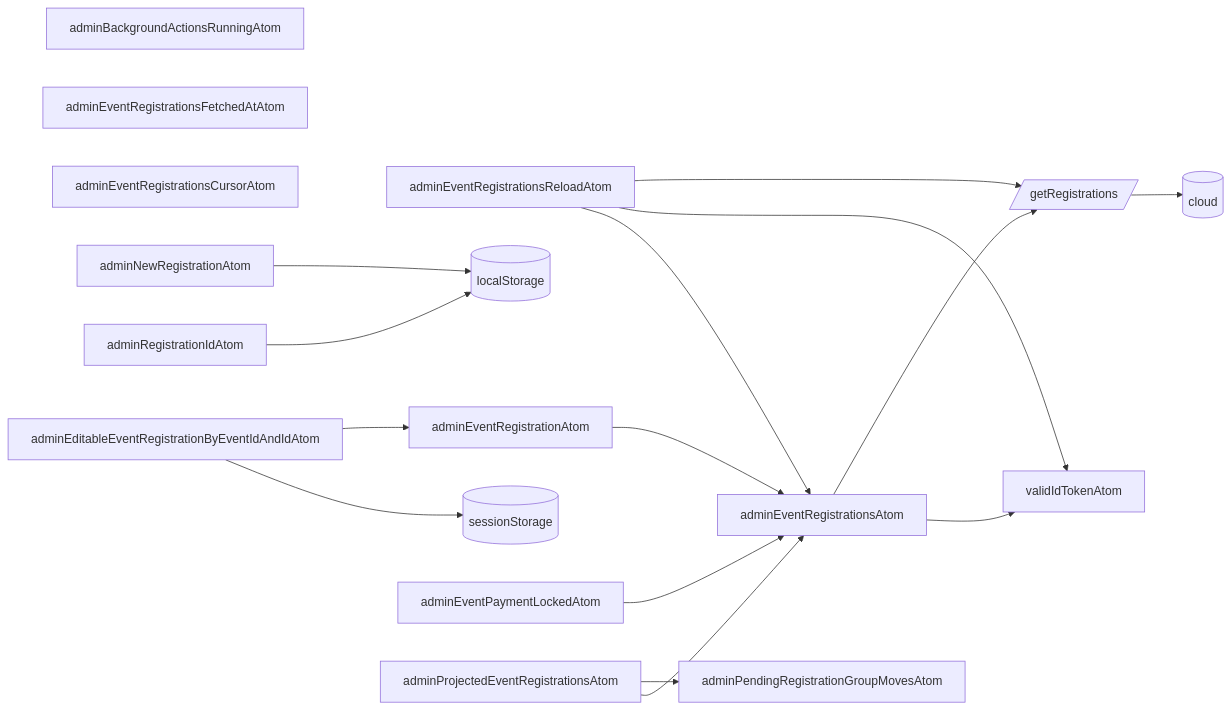
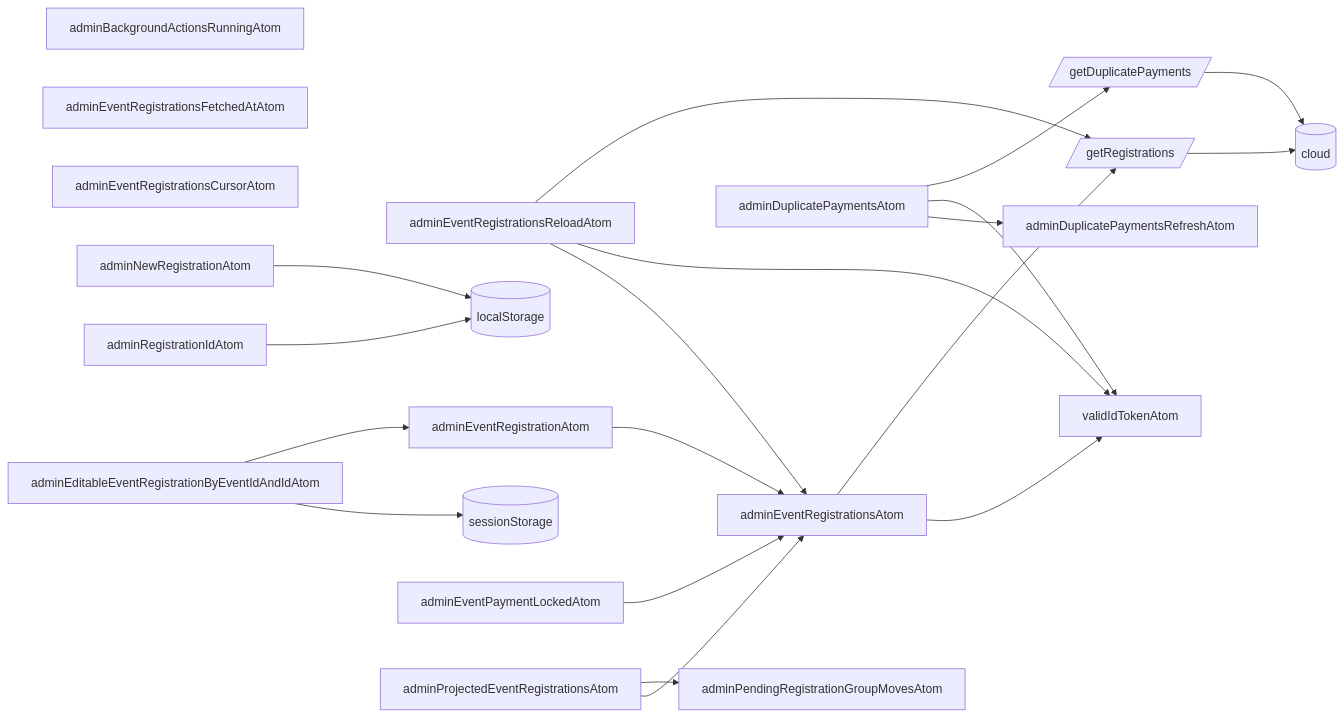
One commit to koekalenteri/koekalenteri changed the tenth of 12 diagrams in src/pages/admin/state/README.md. Above: the diagram before and after it, drawn with Mermaid. The commit also changed other lines of this file and 4 other files, not shown here.

````diff
--- a/src/pages/admin/state/README.md
+++ b/src/pages/admin/state/README.md
@@ -311,27 +315,30 @@
 ```mermaid
 graph LR
   adminEventRegistrationsAtom-->validIdTokenAtom
   adminEventRegistrationsAtom-->getRegistrations[/getRegistrations/]-->aws
   adminEventRegistrationsReloadAtom-->adminEventRegistrationsAtom
   adminEventRegistrationsReloadAtom-->validIdTokenAtom
   adminEventRegistrationsReloadAtom-->getRegistrations
+  adminDuplicatePaymentsAtom-->adminDuplicatePaymentsRefreshAtom
+  adminDuplicatePaymentsAtom-->validIdTokenAtom
+  adminDuplicatePaymentsAtom-->getDuplicatePayments[/getDuplicatePayments/]-->aws
   adminPendingRegistrationGroupMovesAtom
   adminBackgroundActionsRunningAtom
   adminEventRegistrationsFetchedAtAtom
   adminEventRegistrationsCursorAtom
   adminRegistrationIdAtom-->localStorage
   adminNewRegistrationAtom-->localStorage
 
   localStorage[(localStorage)]
   sessionStorage[(sessionStorage)]
 
   adminEventRegistrationAtom-->adminEventRegistrationsAtom
   adminEventPaymentLockedAtom-->adminEventRegistrationsAtom
   adminProjectedEventRegistrationsAtom-->adminEventRegistrationsAtom
   adminProjectedEventRegistrationsAtom-->adminPendingRegistrationGroupMovesAtom
 
   adminEditableEventRegistrationByEventIdAndIdAtom-->sessionStorage
   adminEditableEventRegistrationByEventIdAndIdAtom-->adminEventRegistrationAtom
 
   aws[(cloud)]
 ```
````
